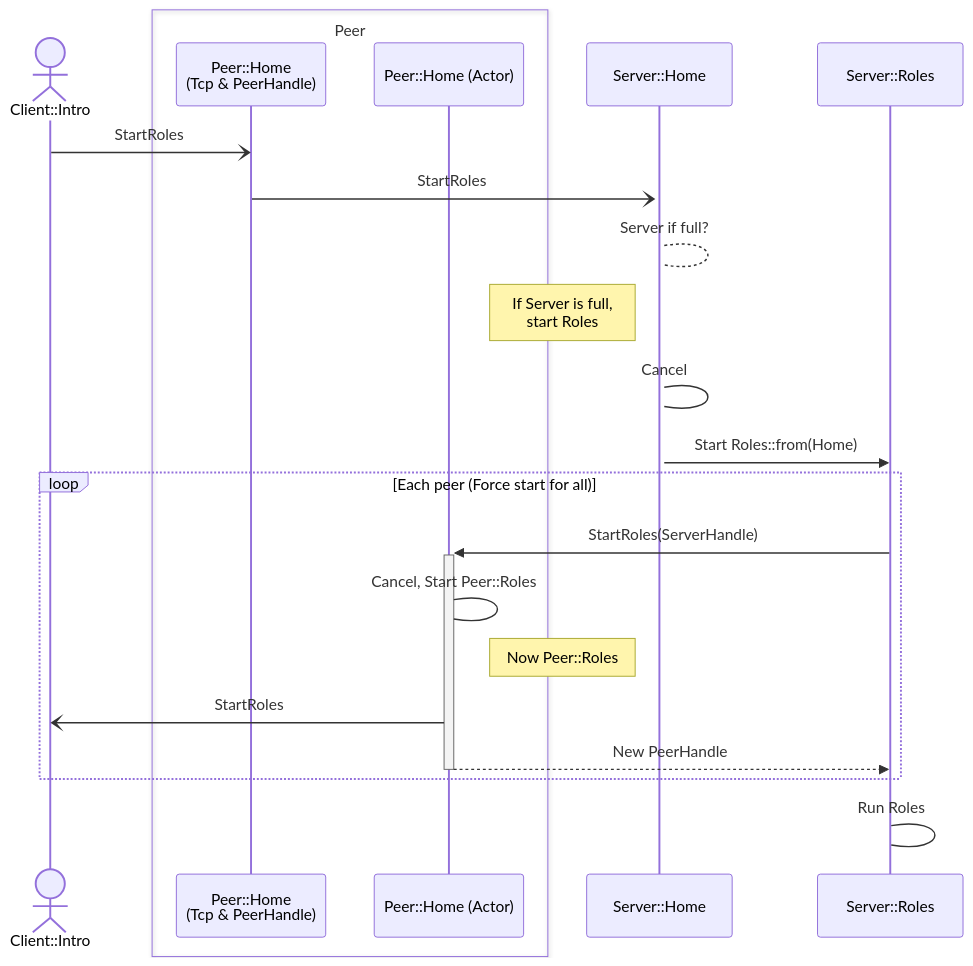
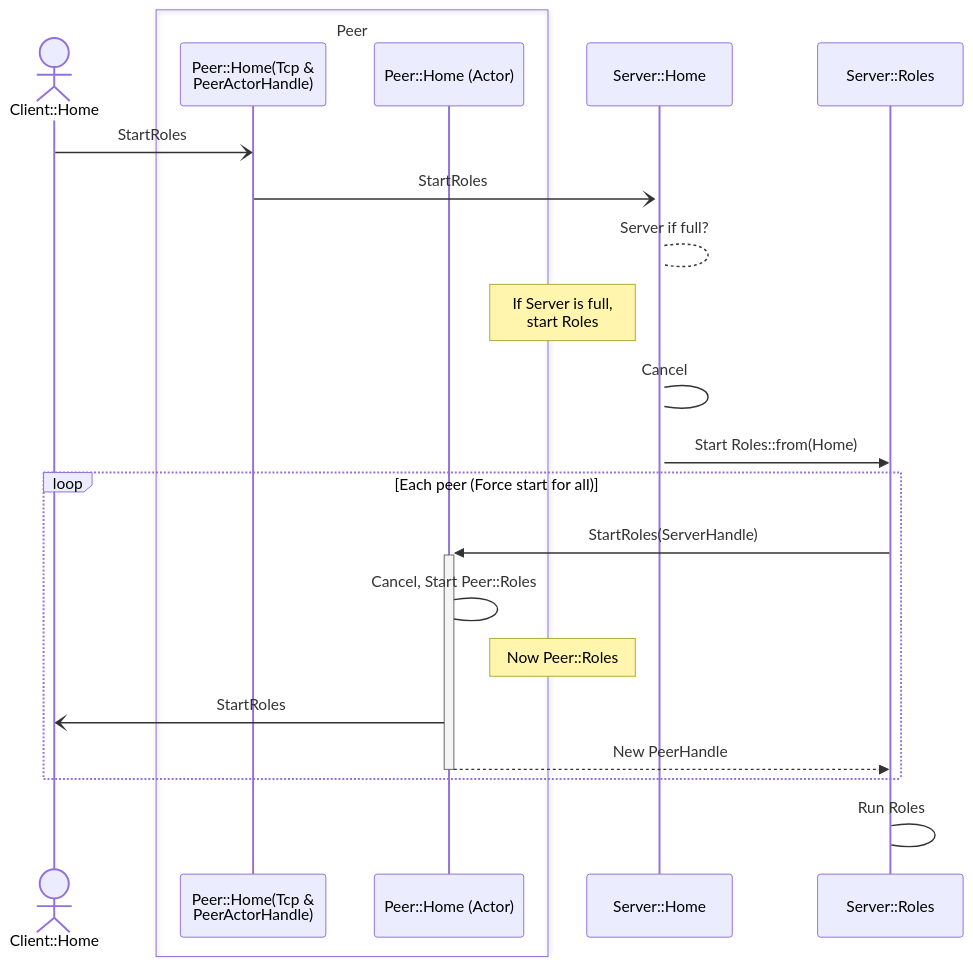
Before and after one commit to 39555/kobuleti: the second of 3 diagrams in README.md, drawn with Mermaid. The commit also changed other lines of this file, not shown here.

Commit message:
docs: Roles mermaid

````diff
--- a/README.md
+++ b/README.md
@@ -85,27 +85,27 @@
 ```mermaid
 sequenceDiagram
-    actor C as Client::Intro
+    actor C as Client::Home
     box Peer
-        participant PC as Peer::Home<br/>(Tcp & PeerHandle)
+        participant PC as Peer::Home(Tcp &<br/>PeerActorHandle)
         participant P as Peer::Home (Actor)
     end
     participant H as Server::Home
     
     C -)PC: StartRoles
     PC-)+H: StartRoles
     H-->H: Server if full?
     Note left of H: If Server is full,<br/> start Roles
     # cancel H
     H->H: Cancel
     participant R as Server::Roles
     H->>R: Start Roles::from(Home)
     loop Each peer (Force start for all)
         R->>+P: StartRoles(ServerHandle)
         P->P:  Cancel, Start Peer::Roles
         Note left of H: Now Peer::Roles
         P-)C: StartRoles
         P-->>-R: New PeerHandle
     end
     R->R: Run Roles
 
 ```
````
